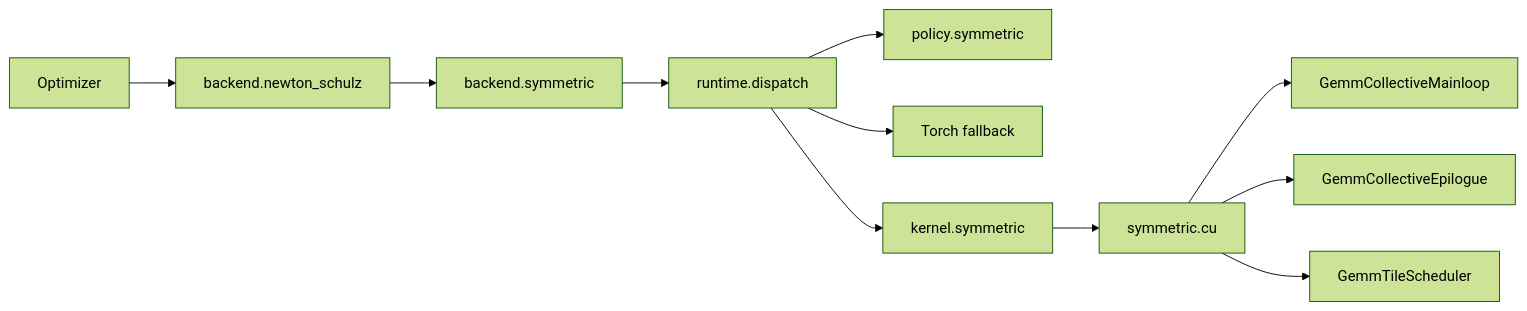
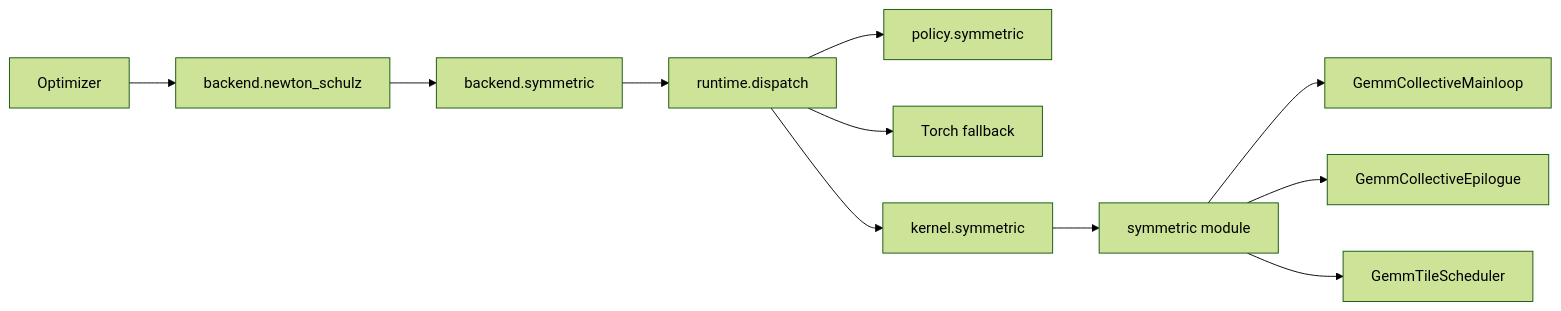
The diagram in docs/developer/kernels/symmetric.md (ViperEkura/AstrAI), drawn with Mermaid (forest theme) before and after one commit. The commit also changed other lines of this file and 8 other files, not shown here.

First line of the commit message:
refactor: split symmetric CUDA module by responsibility

````diff
--- a/docs/developer/kernels/symmetric.md
+++ b/docs/developer/kernels/symmetric.md
@@ -45,13 +45,13 @@
 ```mermaid
 flowchart LR
     Optimizer --> NS[backend.newton_schulz]
     NS --> Ops[backend.symmetric]
     Ops --> Registry[runtime.dispatch]
     Registry --> Policy[policy.symmetric]
     Registry --> Torch[Torch fallback]
     Registry --> Adapter[kernel.symmetric]
-    Adapter --> CUDA[symmetric.cu]
+    Adapter --> CUDA[symmetric module]
     CUDA --> Mainloop[GemmCollectiveMainloop]
     CUDA --> Epilogue[GemmCollectiveEpilogue]
     CUDA --> Scheduler[GemmTileScheduler]
 ```
````
